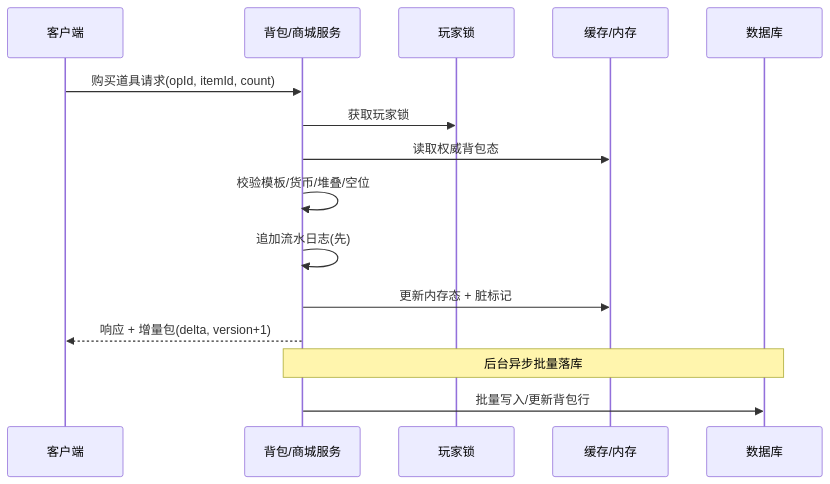
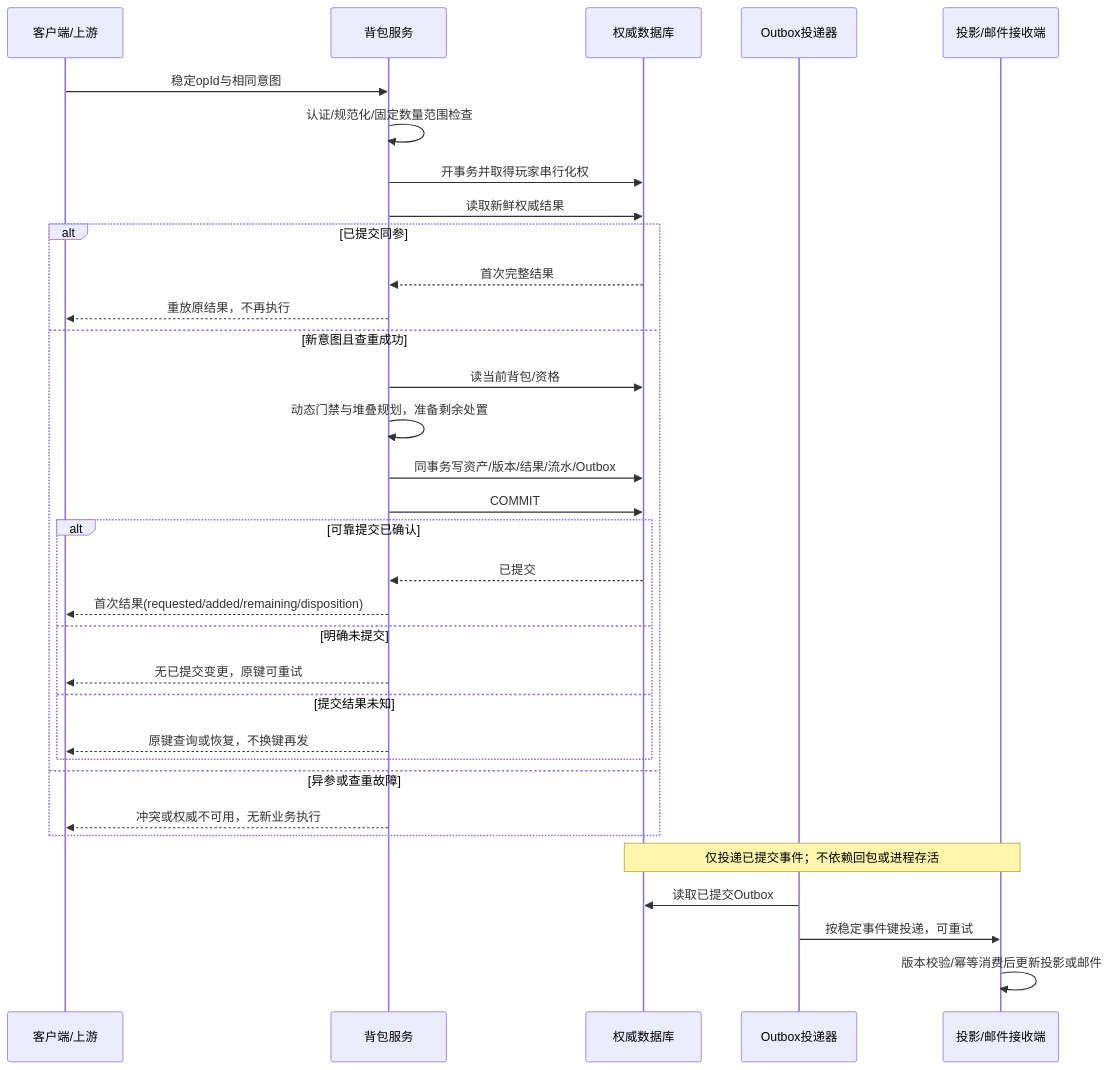
Before and after one commit to fantuan812/learning: the third of 4 diagrams in 知识/05-Gameplay与交互系统/背包装备与存档/01-背包与道具系统.md, drawn with Mermaid. The commit also changed other lines of this file and 1 other file, not shown here.

Commit message:
docs: clarify server inventory partial results and durable commit boundary

````diff
--- a/知识/05-Gameplay与交互系统/背包装备与存档/01-背包与道具系统.md
+++ b/知识/05-Gameplay与交互系统/背包装备与存档/01-背包与道具系统.md
@@ -351,17 +411,35 @@
 ```mermaid
 sequenceDiagram
-    participant C as 客户端
-    participant S as 背包/商城服务
-    participant L as 玩家锁
-    participant R as 缓存/内存
-    participant D as 数据库
-    C->>S: 购买道具请求(opId, itemId, count)
-    S->>L: 获取玩家锁
-    S->>R: 读取权威背包态
-    S->>S: 校验模板/货币/堆叠/空位
-    S->>S: 追加流水日志(先)
-    S->>R: 更新内存态 + 脏标记
-    S-->>C: 响应 + 增量包(delta, version+1)
-    Note over S,D: 后台异步批量落库
-    S->>D: 批量写入/更新背包行
+    participant C as 客户端/上游
+    participant S as 背包服务
+    participant D as 权威数据库
+    participant W as Outbox投递器
+    participant R as 投影/邮件接收端
+    C->>S: 稳定opId与相同意图
+    S->>S: 认证/规范化/固定数量范围检查
+    S->>D: 开事务并取得玩家串行化权
+    S->>D: 读取新鲜权威结果
+    alt 已提交同参
+        D-->>S: 首次完整结果
+        S-->>C: 重放原结果，不再执行
+    else 新意图且查重成功
+        S->>D: 读当前背包/资格
+        S->>S: 动态门禁与堆叠规划，准备剩余处置
+        S->>D: 同事务写资产/版本/结果/流水/Outbox
+        S->>D: COMMIT
+        alt 可靠提交已确认
+            D-->>S: 已提交
+            S-->>C: 首次结果(requested/added/remaining/disposition)
+        else 明确未提交
+            S-->>C: 无已提交变更，原键可重试
+        else 提交结果未知
+            S-->>C: 原键查询或恢复，不换键再发
+        end
+    else 异参或查重故障
+        S-->>C: 冲突或权威不可用，无新业务执行
+    end
+    Note over D,R: 仅投递已提交事件；不依赖回包或进程存活
+    W->>D: 读取已提交Outbox
+    W->>R: 按稳定事件键投递，可重试
+    R->>R: 版本校验/幂等消费后更新投影或邮件
 ```
````
